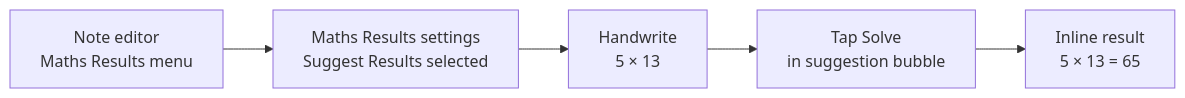
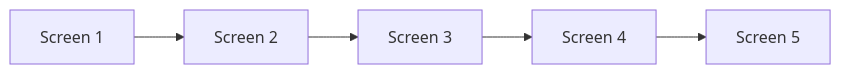
Before and after one commit to Dev-Corgi/Notes-Clone: the diagram in docs/apple-notes/flows/solving-a-math-equation/README.md, drawn with Mermaid. The commit also changed other lines of this file and 69 other files, not shown here.

Commit message:
docs: verify Notes navigation and note flows

````diff
--- a/docs/apple-notes/flows/solving-a-math-equation/README.md
+++ b/docs/apple-notes/flows/solving-a-math-equation/README.md
@@ -10,7 +10,12 @@
 ```mermaid
 flowchart LR
-  A[Note editor<br/>Maths Results menu] --> B[Maths Results settings<br/>Suggest Results selected]
-  B --> C[Handwrite<br/>5 × 13]
-  C --> D[Tap Solve<br/>in suggestion bubble]
-  D --> E[Inline result<br/>5 × 13 = 65]
+  S1[Screen 1]
+  S2[Screen 2]
+  S3[Screen 3]
+  S4[Screen 4]
+  S5[Screen 5]
+  S1 --> S2
+  S2 --> S3
+  S3 --> S4
+  S4 --> S5
 ```
````
